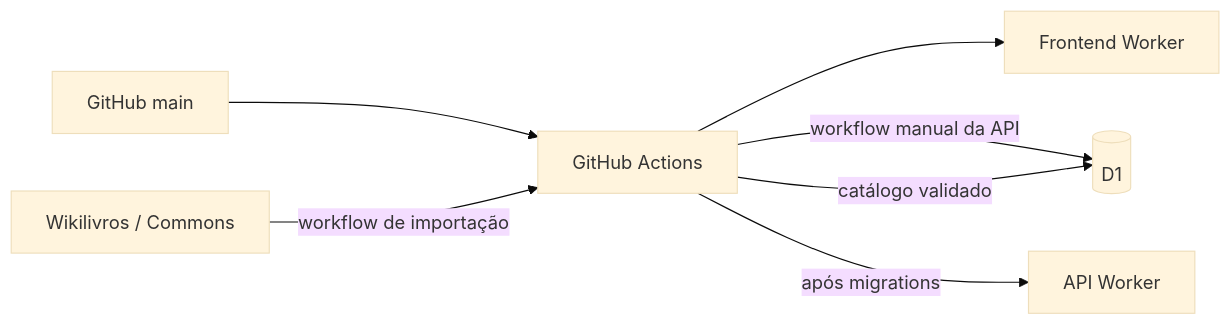
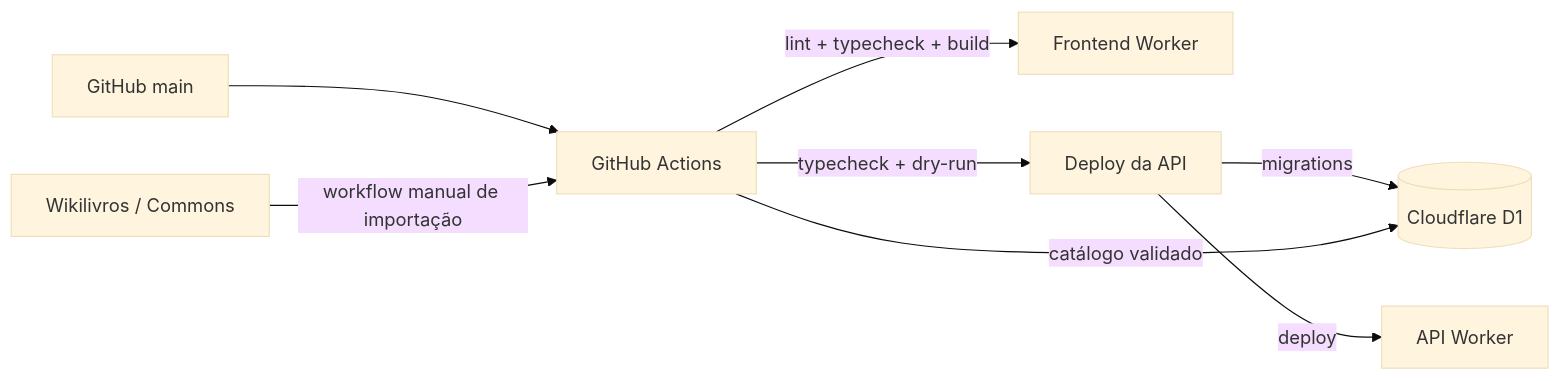
The third of 3 diagrams in docs/architecture.md (pitado/receitando), drawn with Mermaid (base theme) before and after one commit. The commit also changed other lines of this file, not shown here.

Commit message:
docs: corrige diagrama e fluxo real de deploy

````diff
--- a/docs/architecture.md
+++ b/docs/architecture.md
@@ -153,16 +156,17 @@
 ```mermaid
 flowchart LR
     G[GitHub main]
     CI[GitHub Actions]
     FW[Frontend Worker]
     AW[API Worker]
-    D1[(D1)]
+    D1[(Cloudflare D1)]
     WM[Wikilivros / Commons]
 
     G --> CI
-    CI --> FW
-    CI -->|workflow manual da API| D1
-    CI -->|após migrations| AW
-    WM -->|workflow de importação| CI
+    CI -->|lint + typecheck + build| FW
+    CI -->|typecheck + dry-run| ADEP[Deploy da API]
+    ADEP -->|migrations| D1
+    ADEP -->|deploy| AW
+    WM -->|workflow manual de importação| CI
     CI -->|catálogo validado| D1
 ```
````
